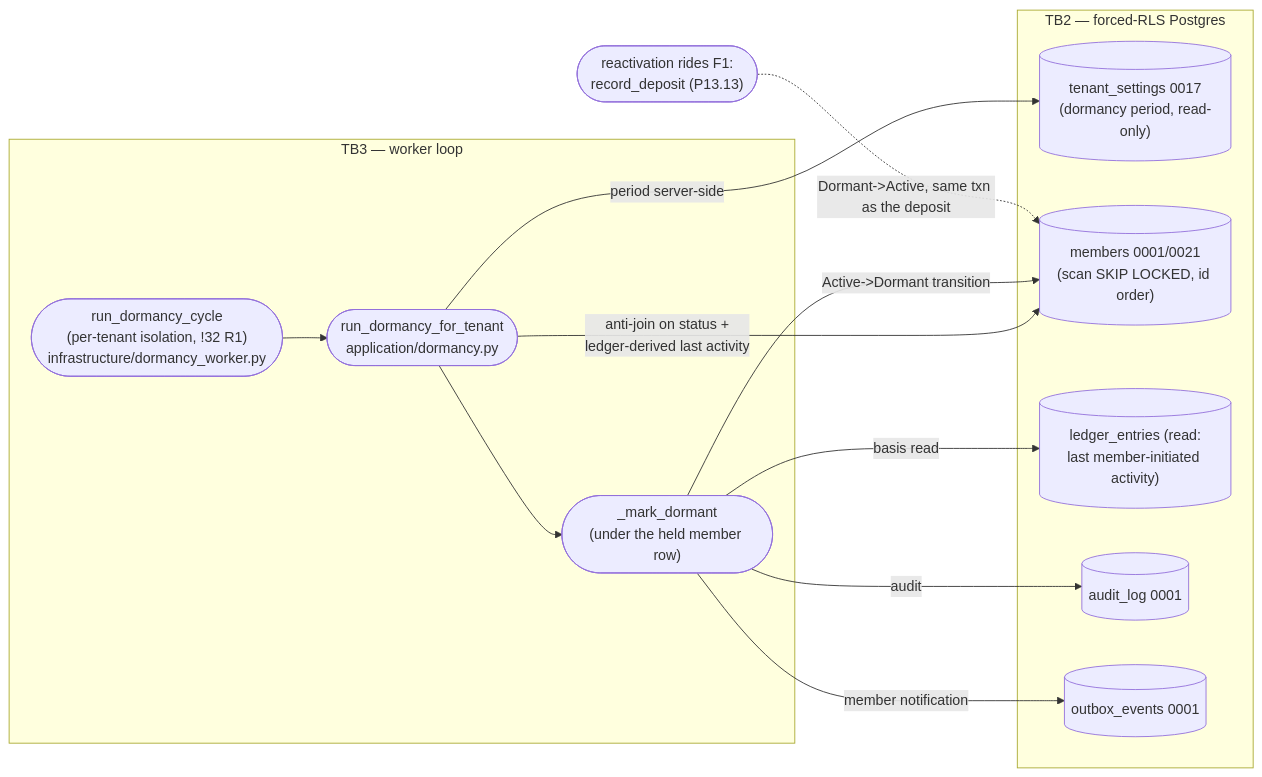
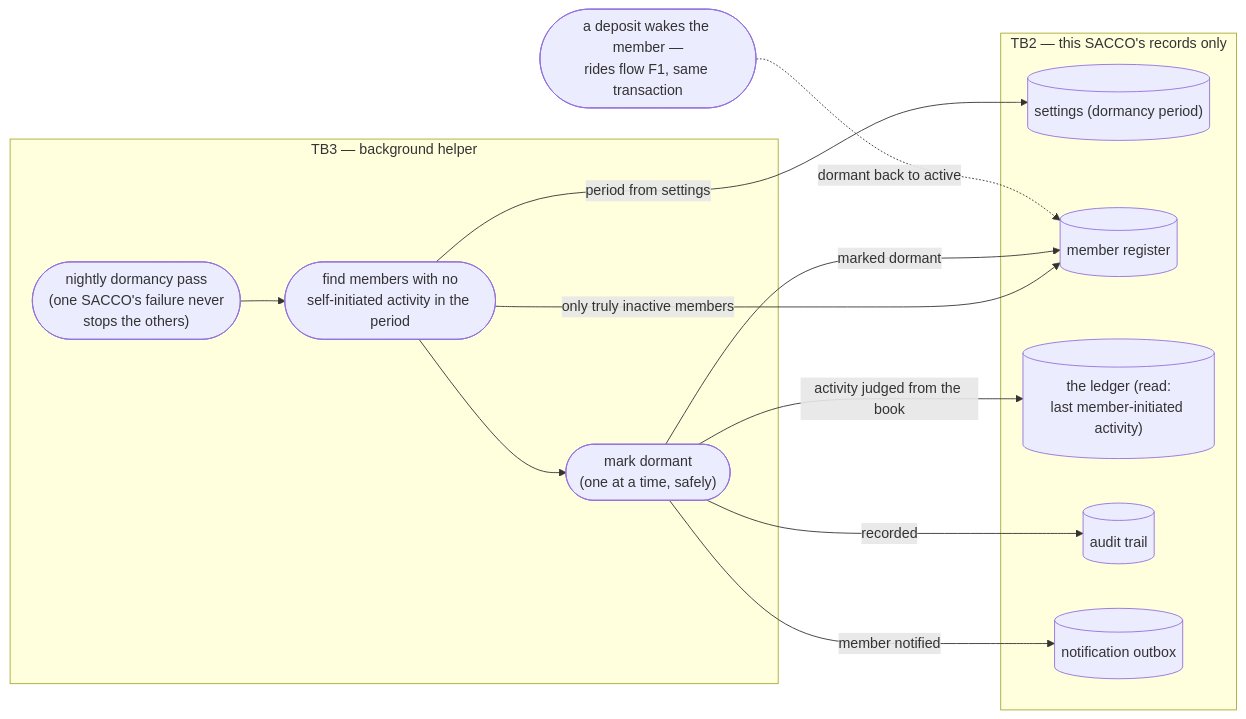
The eighth of 15 diagrams in docs/diagrams/dfd.md (Benson-Kim/genesis-sacco), drawn with Mermaid before and after one commit. The commit also changed other lines of this file, not shown here.

First line of the commit message:
docs(diagrams): DFD redrawn business-legible; P13.15/P13.16 flipped as-built; F10-F14 added

````diff
--- a/docs/diagrams/dfd.md
+++ b/docs/diagrams/dfd.md
@@ -370,27 +471,27 @@
 ```mermaid
 flowchart LR
-    %% P-DIAG.3 F7 — authored against main @ 08541b860f1445b16c342c39b6606d86b9dbeb17
-    subgraph TB3["TB3 — worker loop"]
-        DRM_P1(["run_dormancy_cycle<br/>(per-tenant isolation, !32 R1)<br/>infrastructure/dormancy_worker.py"])
-        DRM_P2(["run_dormancy_for_tenant<br/>application/dormancy.py"])
-        DRM_P3(["_mark_dormant<br/>(under the held member row)"])
+    %% P-DIAG.3 F7 — reconciled to main @ 8f46aa54250ff1a066af423924f3eb54a9c72fb7
+    subgraph TB3["TB3 — background helper"]
+        DRM_P1(["nightly dormancy pass<br/>(one SACCO's failure never<br/>stops the others)"])
+        DRM_P2(["find members with no<br/>self-initiated activity in the period"])
+        DRM_P3(["mark dormant<br/>(one at a time, safely)"])
     end
-    subgraph TB2["TB2 — forced-RLS Postgres"]
-        DRM_S1[("tenant_settings 0017<br/>(dormancy period, read-only)")]
-        DRM_S2[("members 0001/0021<br/>(scan SKIP LOCKED, id order)")]
-        DRM_S3[("ledger_entries (read:<br/>last member-initiated activity)")]
-        DRM_S4[("audit_log 0001")]
-        DRM_S5[("outbox_events 0001")]
+    subgraph TB2["TB2 — this SACCO's records only"]
+        DRM_S1[("settings (dormancy period)")]
+        DRM_S2[("member register")]
+        DRM_S3[("the ledger (read:<br/>last member-initiated activity)")]
+        DRM_S4[("audit trail")]
+        DRM_S5[("notification outbox")]
     end
-    DRM_P4(["reactivation rides F1:<br/>record_deposit (P13.13)"])
+    DRM_P4(["a deposit wakes the member —<br/>rides flow F1, same transaction"])
 
     DRM_P1 --> DRM_P2
-    DRM_P2 -->|"period server-side"| DRM_S1
-    DRM_P2 -->|"anti-join on status +<br/>ledger-derived last activity"| DRM_S2
+    DRM_P2 -->|"period from settings"| DRM_S1
+    DRM_P2 -->|"only truly inactive members"| DRM_S2
     DRM_P2 --> DRM_P3
-    DRM_P3 -->|"basis read"| DRM_S3
-    DRM_P3 -->|"Active->Dormant transition"| DRM_S2
-    DRM_P3 -->|"audit"| DRM_S4
-    DRM_P3 -->|"member notification"| DRM_S5
-    DRM_P4 -.->|"Dormant->Active, same txn as the deposit"| DRM_S2
+    DRM_P3 -->|"activity judged from the book"| DRM_S3
+    DRM_P3 -->|"marked dormant"| DRM_S2
+    DRM_P3 -->|"recorded"| DRM_S4
+    DRM_P3 -->|"member notified"| DRM_S5
+    DRM_P4 -.->|"dormant back to active"| DRM_S2
 ```
````
